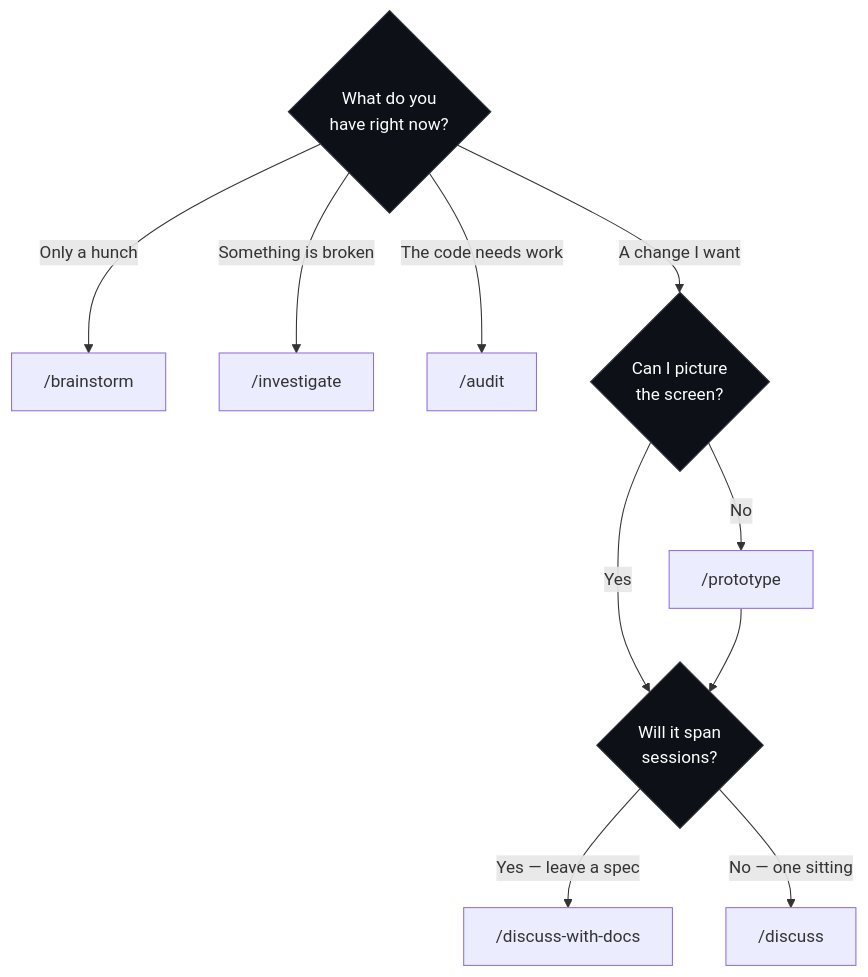
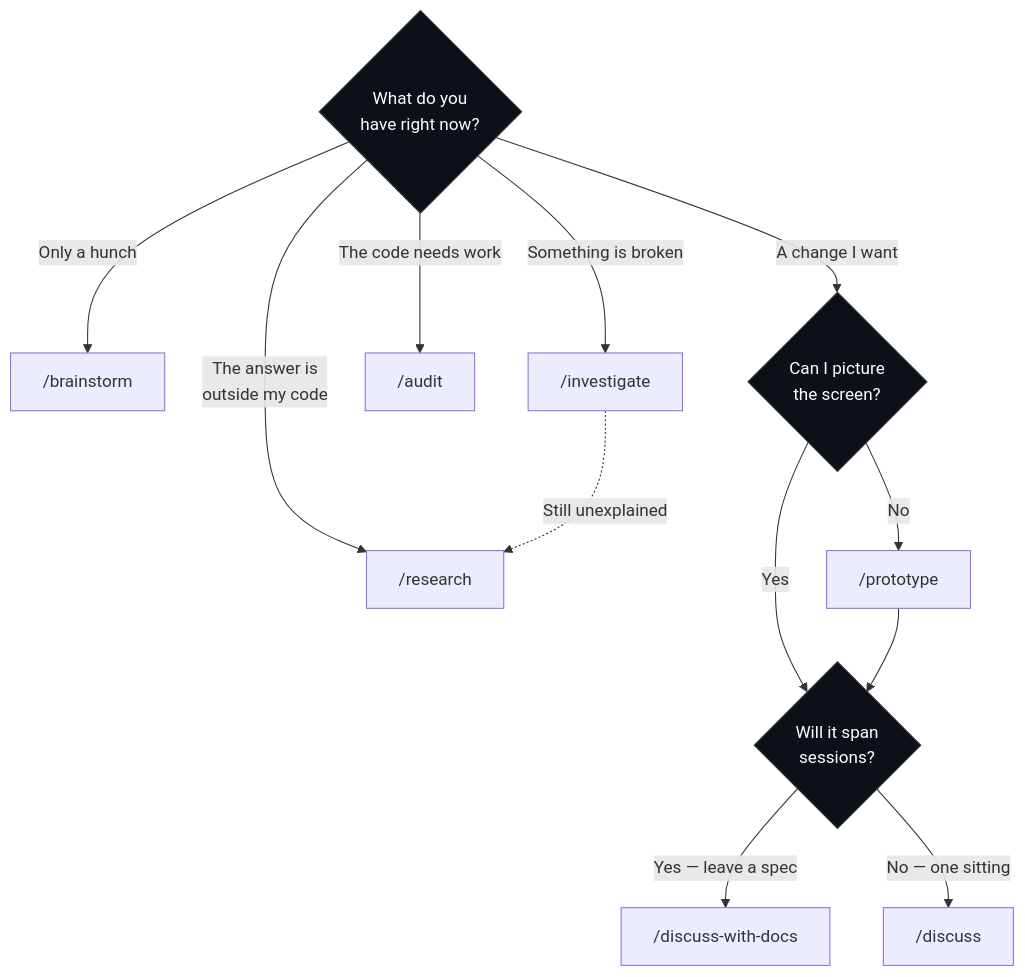
Before and after one commit to NickDabizaz/skills: the second of 7 diagrams in README.md, drawn with Mermaid. The commit also changed other lines of this file and 22 other files, not shown here.

First line of the commit message:
feat(skills): add research, the entry for questions the repo cannot answer

````diff
--- a/README.md
+++ b/README.md
@@ -119,20 +126,22 @@
 ```mermaid
 flowchart TD
     START{"What do you<br/>have right now?"}
 
     START -->|"Only a hunch"| BR["/brainstorm"]
     START -->|"Something is broken"| INV["/investigate"]
     START -->|"The code needs work"| AUD["/audit"]
+    START -->|"The answer is<br/>outside my code"| RES["/research"]
     START -->|"A change I want"| Q2{"Can I picture<br/>the screen?"}
+    INV -.->|"Still unexplained"| RES
 
     Q2 -->|"No"| PRO["/prototype"]
     Q2 -->|"Yes"| Q3{"Will it span<br/>sessions?"}
 
     PRO --> Q3
     Q3 -->|"Yes — leave a spec"| DWD["/discuss-with-docs"]
     Q3 -->|"No — one sitting"| DIS["/discuss"]
 
     style START fill:#0d1117,color:#fff,stroke:#30363d
     style Q2 fill:#0d1117,color:#fff,stroke:#30363d
     style Q3 fill:#0d1117,color:#fff,stroke:#30363d
 ```
````
